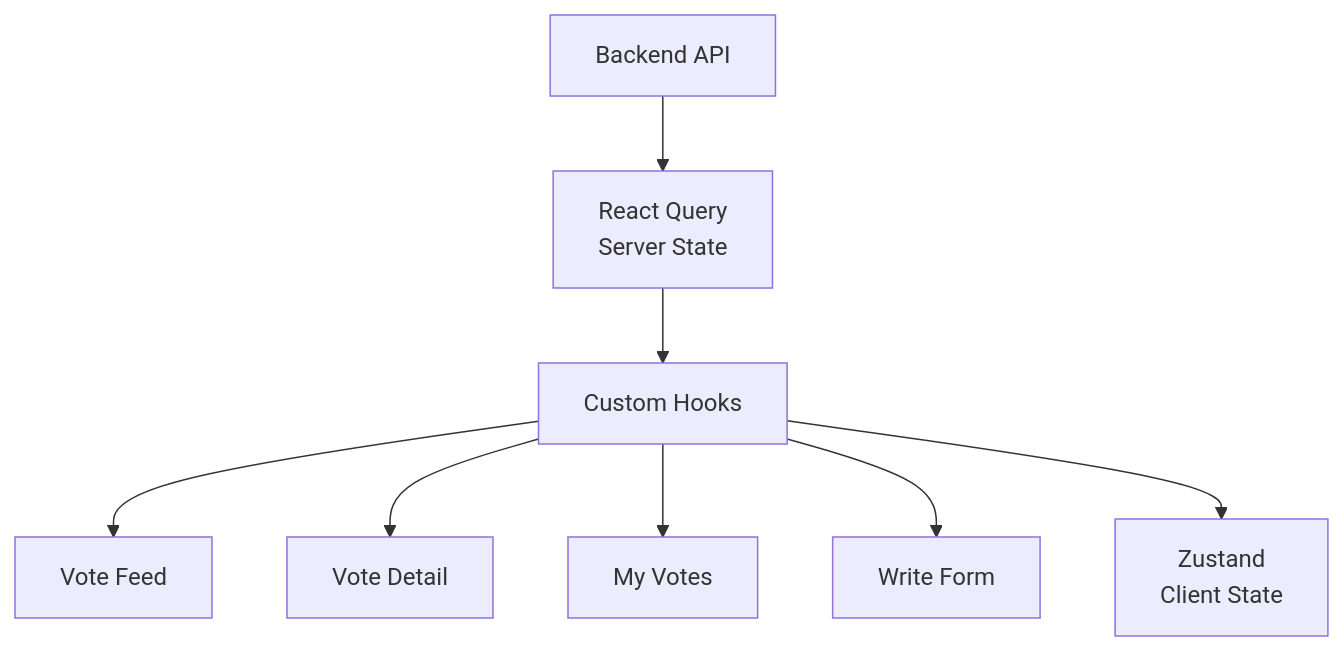
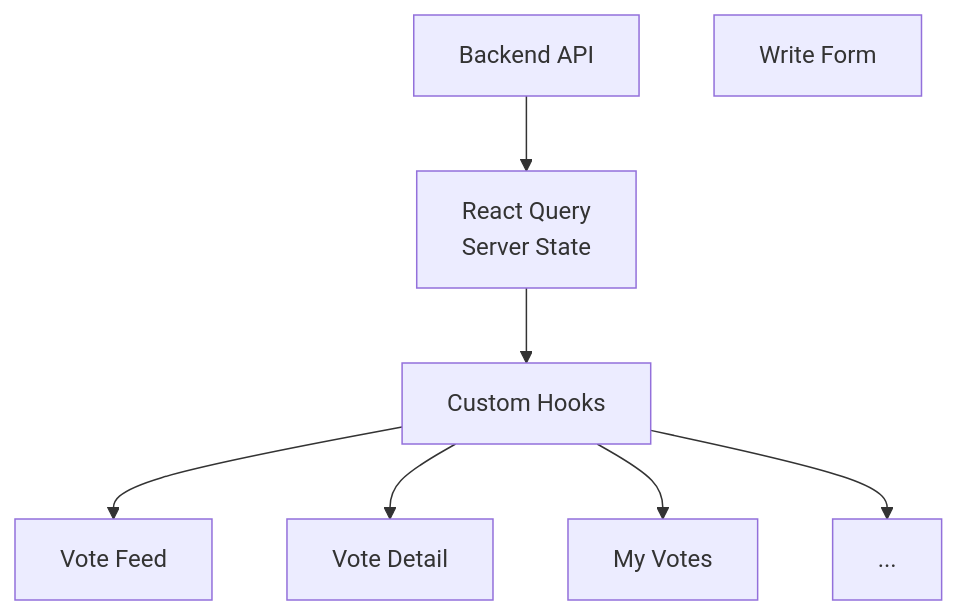
One commit to Jeongchanyeong/chooz-fe changed the first of 3 diagrams in README.md. Above: the diagram before and after it, drawn with Mermaid. The commit also changed other lines of this file, not shown here.

````diff
--- a/README.md
+++ b/README.md
@@ -36,20 +36,18 @@
 ```mermaid
 graph TD
     API[Backend API]
     RQ[React Query<br/>Server State]
     Hooks[Custom Hooks]
-    Store[Zustand<br/>Client State]
 
     Feed[Vote Feed]
     Detail[Vote Detail]
     MyVote[My Votes]
     Write[Write Form]
 
     API --> RQ
     RQ --> Hooks
     Hooks --> Feed
     Hooks --> Detail
     Hooks --> MyVote
-    Hooks --> Write
-    Hooks --> Store
+    Hooks --> ...
 ```
````
